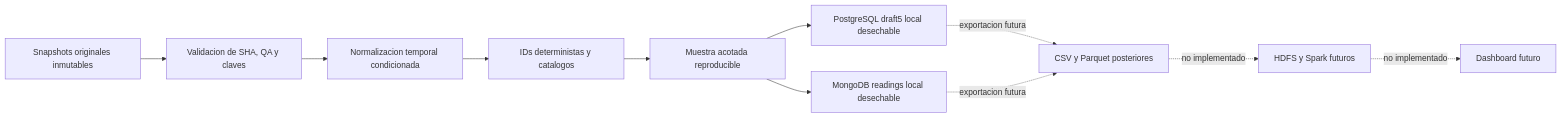
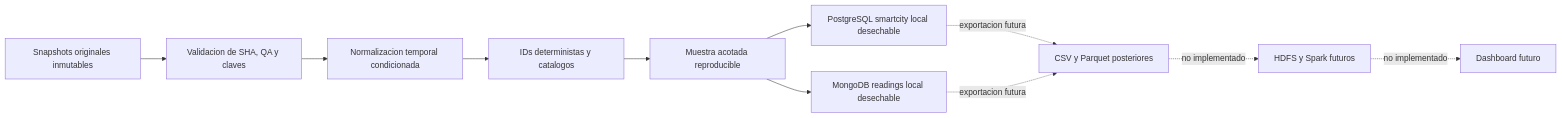
The first of 5 diagrams in docs/arquitectura/diagramas.md (Alpizar28/SmartCity), drawn with Mermaid before and after one commit. The commit also changed other lines of this file and 51 other files, not shown here.

````diff
--- a/docs/arquitectura/diagramas.md
+++ b/docs/arquitectura/diagramas.md
@@ -7,13 +9,13 @@
 ```mermaid
 flowchart LR
   O[Snapshots originales inmutables] --> V[Validacion de SHA, QA y claves]
   V --> N[Normalizacion temporal condicionada]
   N --> I[IDs deterministas y catalogos]
   I --> S[Muestra acotada reproducible]
-  S --> P[PostgreSQL draft5 local desechable]
+  S --> P[PostgreSQL smartcity local desechable]
   S --> M[MongoDB readings local desechable]
   P -. exportacion futura .-> E[CSV y Parquet posteriores]
   M -. exportacion futura .-> E
   E -. no implementado .-> H[HDFS y Spark futuros]
   H -. no implementado .-> D[Dashboard futuro]
 ```
````
